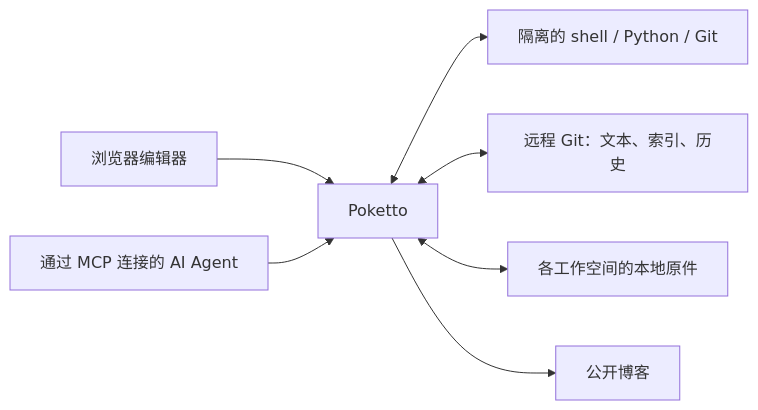
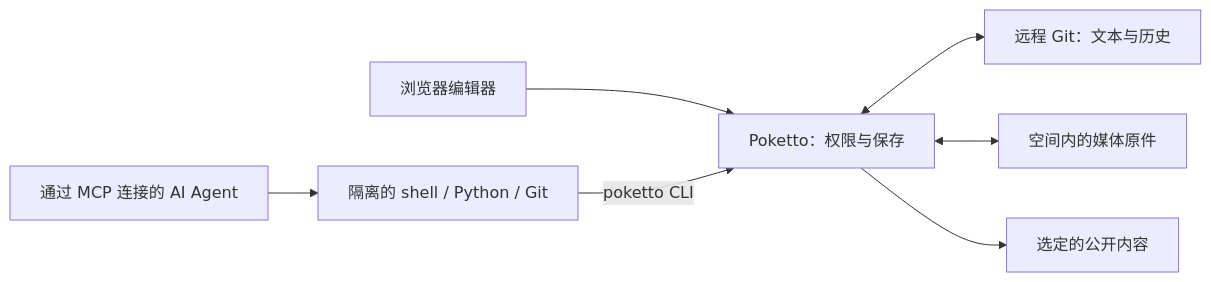
Before and after one commit to core607/poketto: the diagram in README.zh.md, drawn with Mermaid. The commit also changed other lines of this file and 3 other files, not shown here.

````diff
--- a/README.zh.md
+++ b/README.zh.md
@@ -50,9 +11,9 @@
 ```mermaid
 flowchart LR
-    Browser[浏览器编辑器] --> Service[Poketto]
-    Agent[通过 MCP 连接的 AI Agent] --> Service
-    Service <--> Sandbox[隔离的 shell / Python / Git]
-    Service <--> Repository[远程 Git：文本、索引、历史]
-    Service <--> Originals[各工作空间的本地原件]
-    Service --> Blog[公开博客]
+    Human[浏览器编辑器] --> Host[Poketto：权限与保存]
+    Agent[通过 MCP 连接的 AI Agent] --> Copy[隔离的 shell / Python / Git]
+    Copy -->|poketto CLI| Host
+    Host <--> Git[远程 Git：文本与历史]
+    Host <--> Media[空间内的媒体原件]
+    Host --> Site[选定的公开内容]
 ```
````
